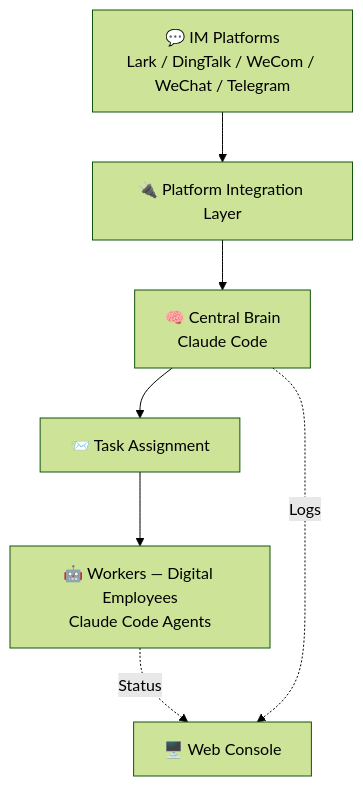
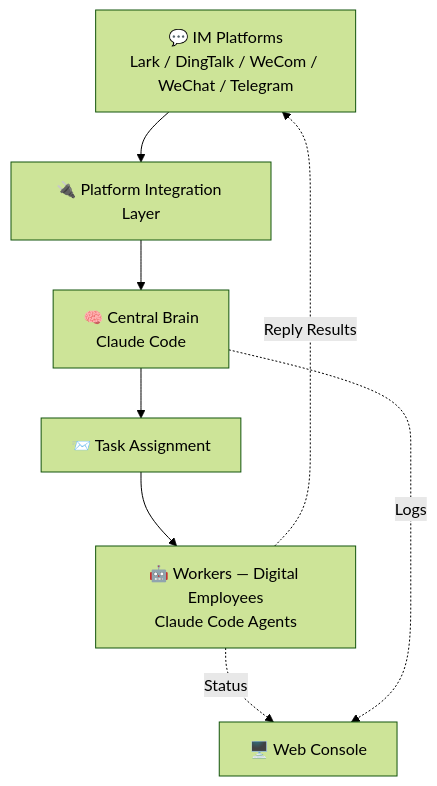
One commit to theopenbee/openbee changed the diagram in README.md. Above: the diagram before and after it, drawn with Mermaid (forest theme). The commit also changed other lines of this file and 1 other file, not shown here.

First line of the commit message:
docs: add worker reply-to-IM description in README

````diff
--- a/README.md
+++ b/README.md
@@ -111,9 +111,10 @@
 ```mermaid
 graph TD
     A["💬 IM Platforms\nLark / DingTalk / WeCom / WeChat / Telegram"] --> B["🔌 Platform Integration Layer"]
     B --> C["🧠 Central Brain\nClaude Code"]
     C --> D["📨 Task Assignment"]
     D --> E["🤖 Workers — Digital Employees\nClaude Code Agents"]
+    E -. "Reply Results" .-> A
     E -. "Status" .-> F["🖥️ Web Console"]
     C -. "Logs" .-> F
 ```
````
